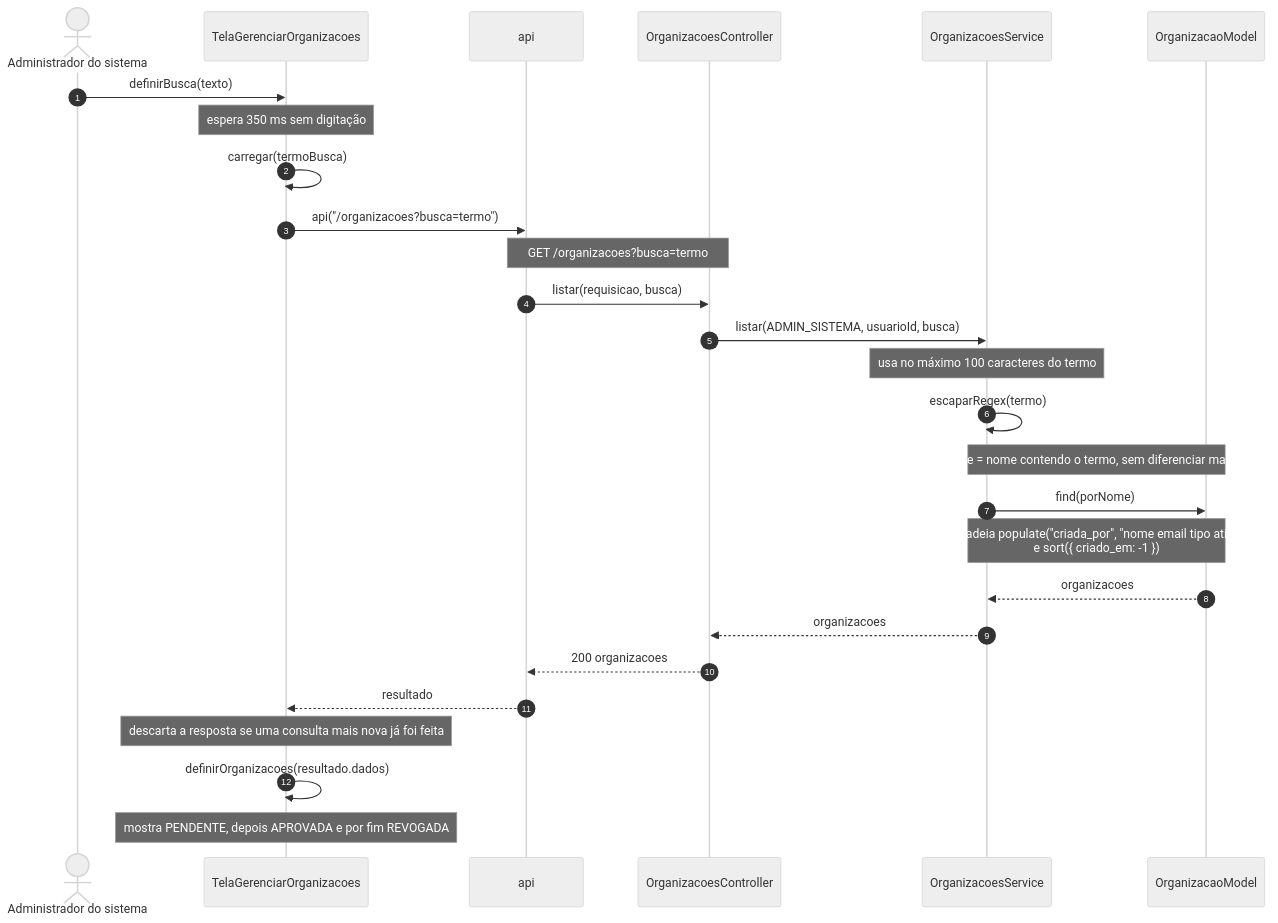
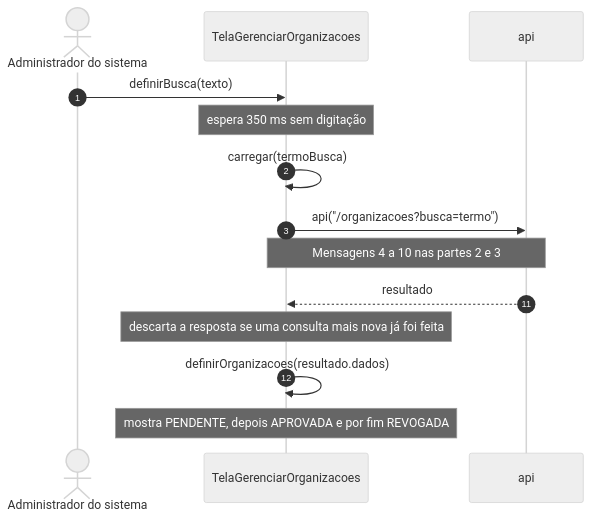
Before and after one commit to Conecta-IFSP/DOCUMENTATION: the seventh of 47 diagrams in 2 - Incremento 1/cadastro-organizacao/6 - diagramas-sequencia-cadastro-organizacao.md, drawn with Mermaid (neutral theme). The commit also changed other lines of this file and 5 other files, not shown here.

Commit message:
Divide os diagramas de sequência dos incrementos 1 e 2 em partes legíveis

````diff
--- a/2 - Incremento 1/cadastro-organizacao/6 - diagramas-sequencia-cadastro-organizacao.md
+++ b/2 - Incremento 1/cadastro-organizacao/6 - diagramas-sequencia-cadastro-organizacao.md
@@ -98,29 +171,17 @@
 ```mermaid
 sequenceDiagram
-    autonumber
+    autonumber 1
     actor U as Administrador do sistema
     participant T as TelaGerenciarOrganizacoes
     participant A as api
-    participant C as OrganizacoesController
-    participant S as OrganizacoesService
-    participant M as OrganizacaoModel
     U->>T: definirBusca(texto)
     Note over T: espera 350 ms sem digitação
     T->>T: carregar(termoBusca)
     T->>A: api("/organizacoes?busca=termo")
-    Note over A,C: GET /organizacoes?busca=termo
-    A->>C: listar(requisicao, busca)
-    C->>S: listar(ADMIN_SISTEMA, usuarioId, busca)
-    Note over S: usa no máximo 100 caracteres do termo
-    S->>S: escaparRegex(termo)
-    Note over S,M: porNome = nome contendo o termo, sem diferenciar maiúsculas
-    S->>M: find(porNome)
-    Note over S,M: encadeia populate("criada_por", "nome email tipo ativo")<br/>e sort({ criado_em: -1 })
-    M-->>S: organizacoes
-    S-->>C: organizacoes
-    C-->>A: 200 organizacoes
+    Note over T,A: Mensagens 4 a 10 nas partes 2 e 3
+    autonumber 11
     A-->>T: resultado
     Note over T: descarta a resposta se uma consulta mais nova já foi feita
     T->>T: definirOrganizacoes(resultado.dados)
     Note over T: mostra PENDENTE, depois APROVADA e por fim REVOGADA
 ```
````
